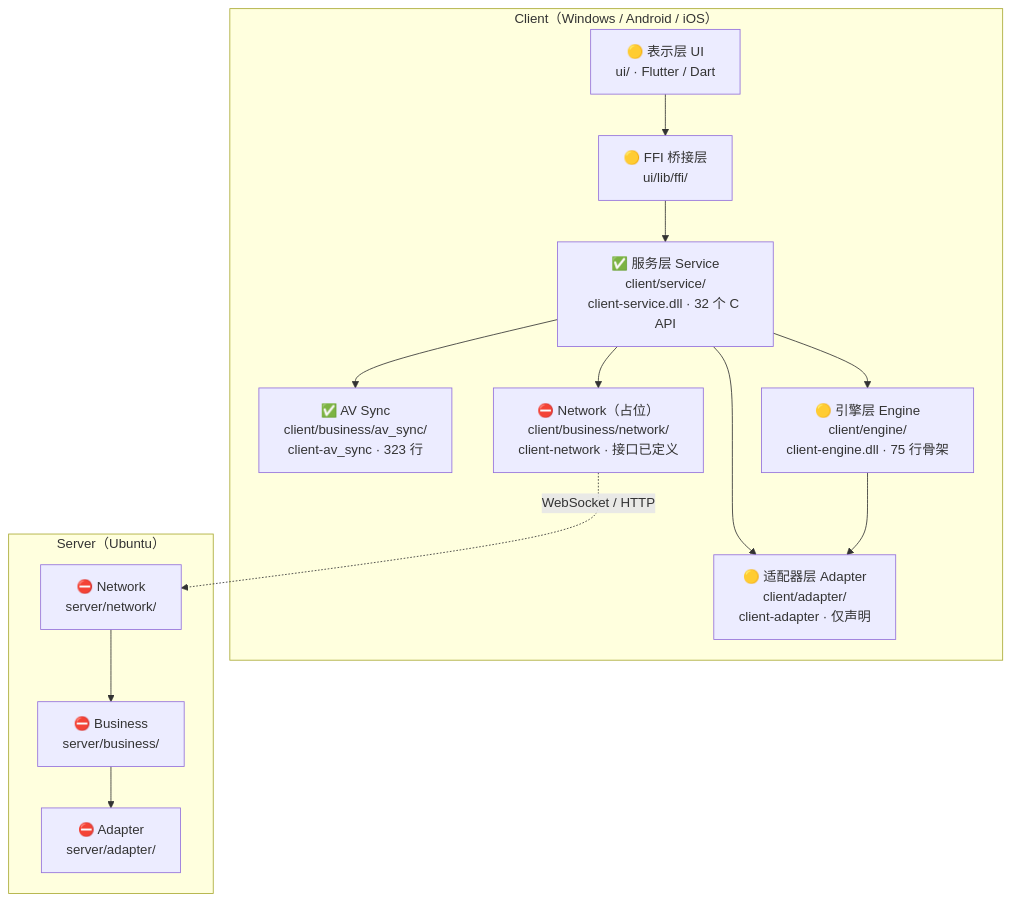
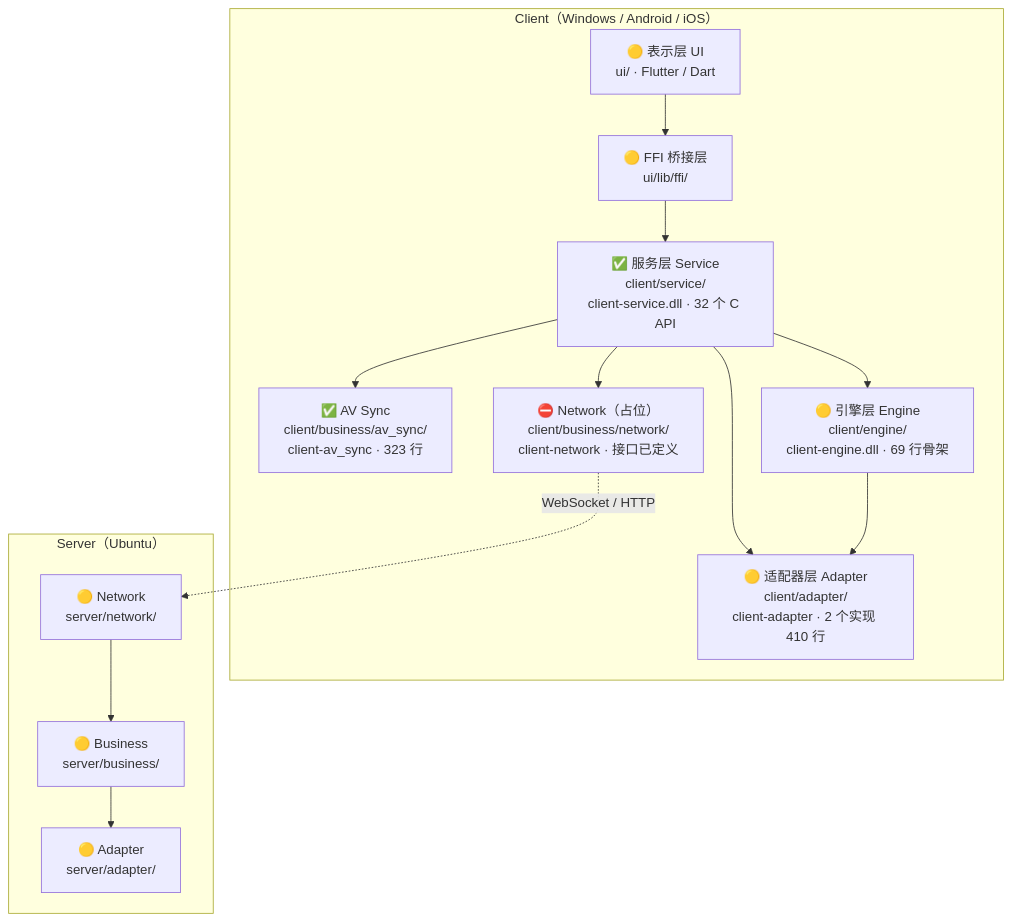
One commit to xiaofusu123/PrismPlayer changed the first of 2 diagrams in docs/markdown/项目框架.md. Above: the diagram before and after it, drawn with Mermaid. The commit also changed other lines of this file and 39 other files, not shown here.

````diff
--- a/docs/markdown/项目框架.md
+++ b/docs/markdown/项目框架.md
@@ -15,29 +15,29 @@
 ```mermaid
 graph TD
 accTitle: 六层架构与 Client/Server 划分
 accDescr: Client 六层与 Server 三层的依赖方向，以及各层实测状态与构建产物
     subgraph Client["Client（Windows / Android / iOS）"]
         UI["🟡 表示层 UI<br/>ui/ · Flutter / Dart"]
         FFI["🟡 FFI 桥接层<br/>ui/lib/ffi/"]
         SVC["✅ 服务层 Service<br/>client/service/<br/>client-service.dll · 32 个 C API"]
         AVS["✅ AV Sync<br/>client/business/av_sync/<br/>client-av_sync · 323 行"]
         NET["⛔ Network（占位）<br/>client/business/network/<br/>client-network · 接口已定义"]
-        ENG["🟡 引擎层 Engine<br/>client/engine/<br/>client-engine.dll · 75 行骨架"]
-        ADP["🟡 适配器层 Adapter<br/>client/adapter/<br/>client-adapter · 仅声明"]
+        ENG["🟡 引擎层 Engine<br/>client/engine/<br/>client-engine.dll · 69 行骨架"]
+        ADP["🟡 适配器层 Adapter<br/>client/adapter/<br/>client-adapter · 2 个实现 410 行"]
         UI --> FFI --> SVC
         SVC --> AVS
         SVC --> NET
         SVC --> ENG
         SVC --> ADP
         ENG --> ADP
     end
 
     subgraph Server["Server（Ubuntu）"]
-        SN["⛔ Network<br/>server/network/"]
-        SB["⛔ Business<br/>server/business/"]
-        SA["⛔ Adapter<br/>server/adapter/"]
+        SN["🟡 Network<br/>server/network/"]
+        SB["🟡 Business<br/>server/business/"]
+        SA["🟡 Adapter<br/>server/adapter/"]
         SN --> SB --> SA
     end
 
     NET -. "WebSocket / HTTP" .-> SN
 ```
````
